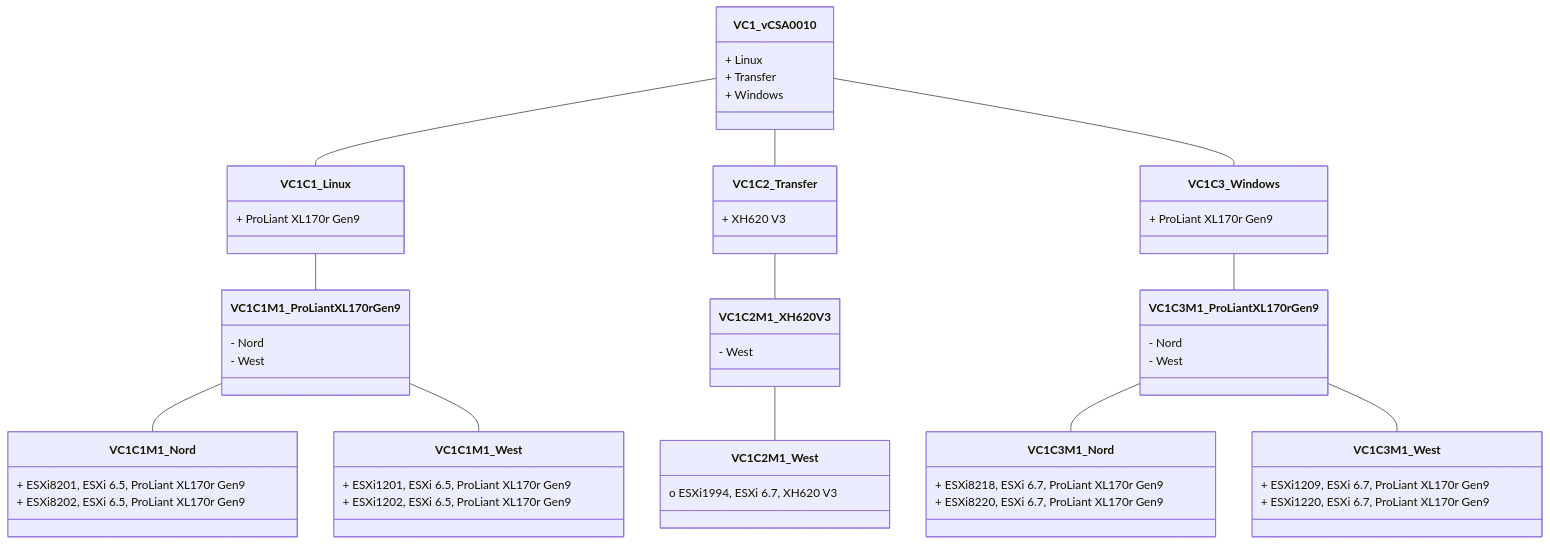
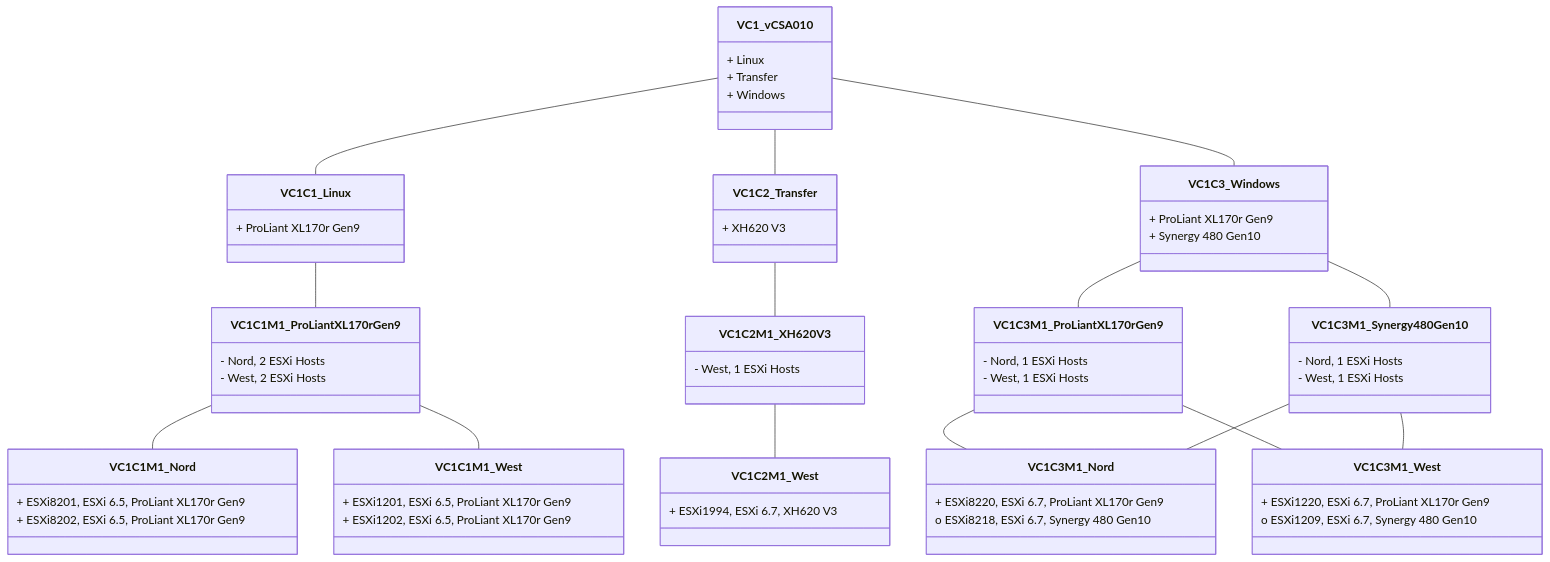
Before and after one commit to tinuwalther/PSXiDiag: the first of 4 diagrams in Simple ESXiHost Inventory.md, drawn with Mermaid. The commit also changed other lines of this file and 5 other files, not shown here.

`````diff
--- a/Simple ESXiHost Inventory.md
+++ b/Simple ESXiHost Inventory.md
@@ -13,34 +13,40 @@
 ````mermaid
 classDiagram
-VC1_vCSA0010 -- VC1C1_Linux
-VC1_vCSA0010 : + Linux
+VC1_vCSA010 -- VC1C1_Linux
+VC1_vCSA010 : + Linux
 VC1C1_Linux : + ProLiant XL170r Gen9
 VC1C1_Linux -- VC1C1M1_ProLiant XL170r Gen9
-VC1C1M1_ProLiant XL170r Gen9 : - Nord
+VC1C1M1_ProLiant XL170r Gen9 : - Nord, 2 ESXi Hosts
 VC1C1M1_ProLiant XL170r Gen9 -- VC1C1M1_Nord
 VC1C1M1_Nord : + ESXi8201, ESXi 6.5, ProLiant XL170r Gen9
 VC1C1M1_Nord : + ESXi8202, ESXi 6.5, ProLiant XL170r Gen9
-VC1C1M1_ProLiant XL170r Gen9 : - West
+VC1C1M1_ProLiant XL170r Gen9 : - West, 2 ESXi Hosts
 VC1C1M1_ProLiant XL170r Gen9 -- VC1C1M1_West
 VC1C1M1_West : + ESXi1201, ESXi 6.5, ProLiant XL170r Gen9
 VC1C1M1_West : + ESXi1202, ESXi 6.5, ProLiant XL170r Gen9
-VC1_vCSA0010 -- VC1C2_Transfer
-VC1_vCSA0010 : + Transfer
+VC1_vCSA010 -- VC1C2_Transfer
+VC1_vCSA010 : + Transfer
 VC1C2_Transfer : + XH620 V3
 VC1C2_Transfer -- VC1C2M1_XH620 V3
-VC1C2M1_XH620 V3 : - West
+VC1C2M1_XH620 V3 : - West, 1 ESXi Hosts
 VC1C2M1_XH620 V3 -- VC1C2M1_West
-VC1C2M1_West : o ESXi1994, ESXi 6.7, XH620 V3
-VC1_vCSA0010 -- VC1C3_Windows
-VC1_vCSA0010 : + Windows
+VC1C2M1_West : + ESXi1994, ESXi 6.7, XH620 V3
+VC1_vCSA010 -- VC1C3_Windows
+VC1_vCSA010 : + Windows
 VC1C3_Windows : + ProLiant XL170r Gen9
 VC1C3_Windows -- VC1C3M1_ProLiant XL170r Gen9
-VC1C3M1_ProLiant XL170r Gen9 : - Nord
+VC1C3M1_ProLiant XL170r Gen9 : - Nord, 1 ESXi Hosts
 VC1C3M1_ProLiant XL170r Gen9 -- VC1C3M1_Nord
-VC1C3M1_Nord : + ESXi8218, ESXi 6.7, ProLiant XL170r Gen9
 VC1C3M1_Nord : + ESXi8220, ESXi 6.7, ProLiant XL170r Gen9
-VC1C3M1_ProLiant XL170r Gen9 : - West
+VC1C3M1_ProLiant XL170r Gen9 : - West, 1 ESXi Hosts
 VC1C3M1_ProLiant XL170r Gen9 -- VC1C3M1_West
-VC1C3M1_West : + ESXi1209, ESXi 6.7, ProLiant XL170r Gen9
 VC1C3M1_West : + ESXi1220, ESXi 6.7, ProLiant XL170r Gen9
+VC1C3_Windows : + Synergy 480 Gen10
+VC1C3_Windows -- VC1C3M1_Synergy 480 Gen10
+VC1C3M1_Synergy 480 Gen10 : - Nord, 1 ESXi Hosts
+VC1C3M1_Synergy 480 Gen10 -- VC1C3M1_Nord
+VC1C3M1_Nord : o ESXi8218, ESXi 6.7, Synergy 480 Gen10
+VC1C3M1_Synergy 480 Gen10 : - West, 1 ESXi Hosts
+VC1C3M1_Synergy 480 Gen10 -- VC1C3M1_West
+VC1C3M1_West : o ESXi1209, ESXi 6.7, Synergy 480 Gen10
 ````
`````
